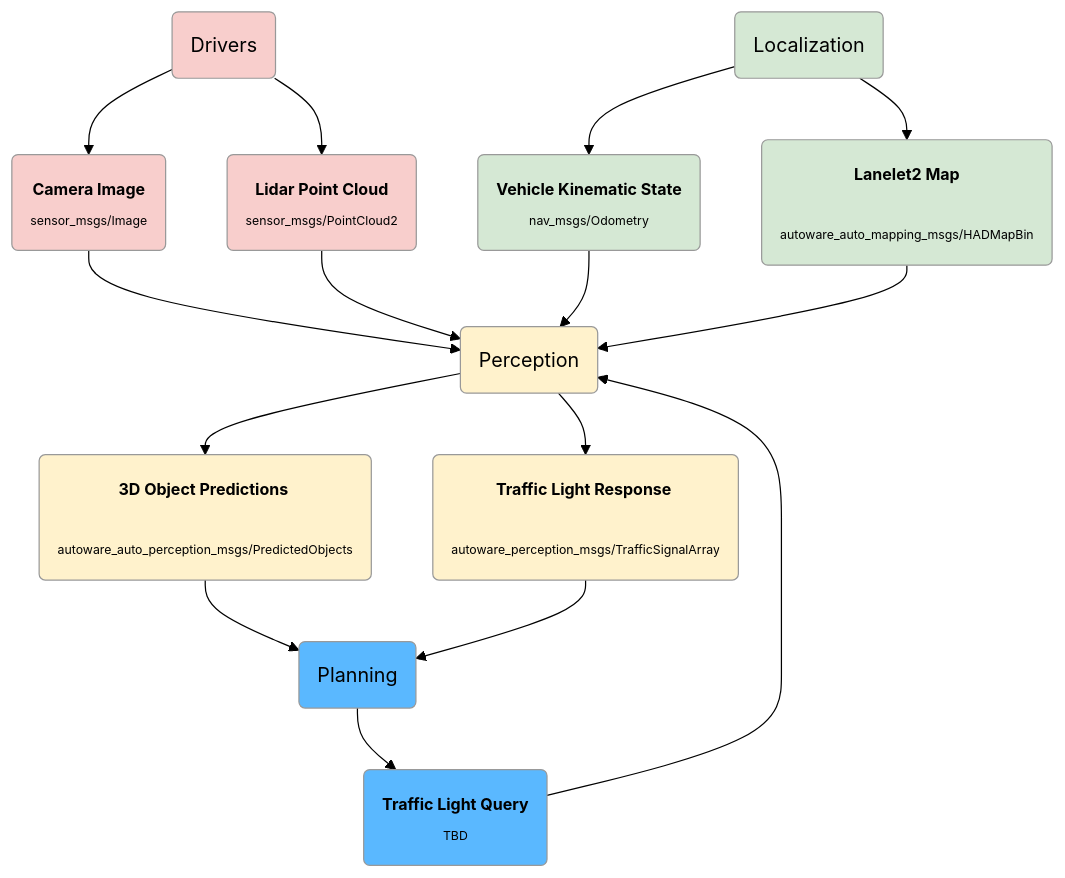
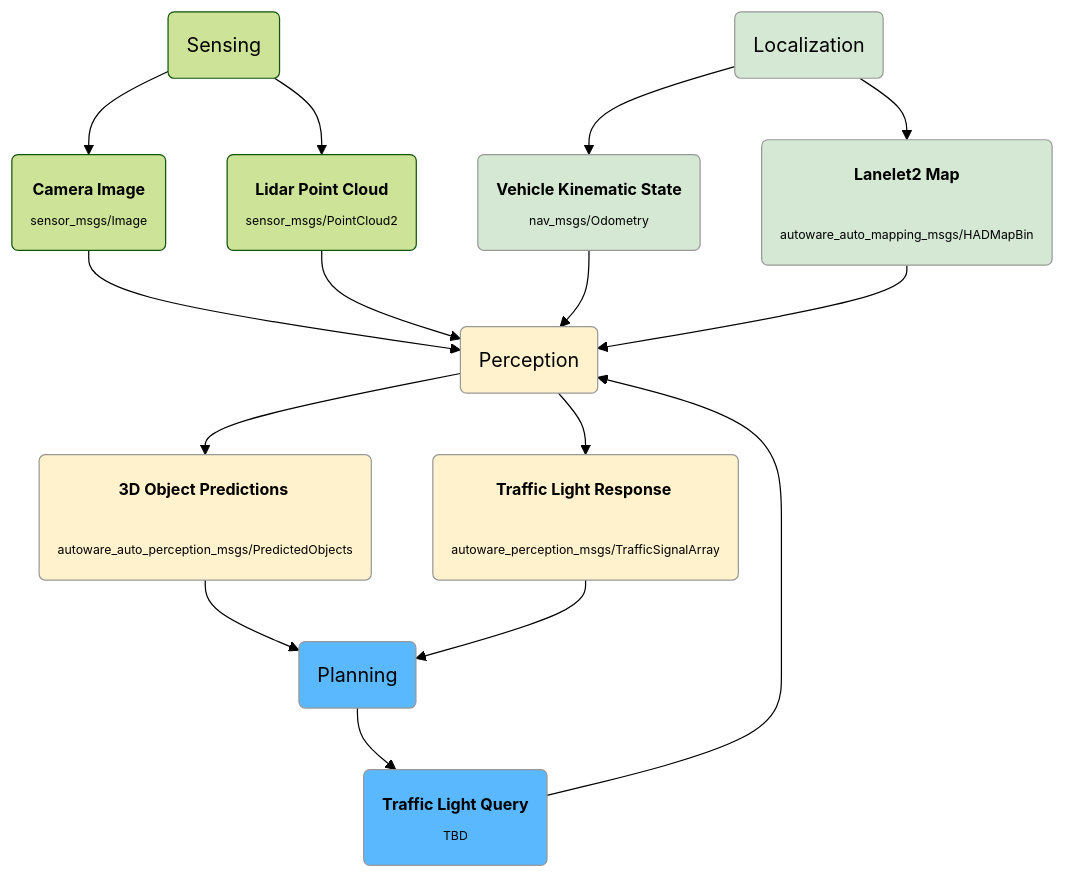
Before and after one commit to autowarefoundation/autoware-documentation: the diagram in docs/design/autoware-interfaces/components/perception-interface.md, drawn with Mermaid (forest theme).

Commit message:
change drivers to sensing in perception-interface graph

````diff
--- a/docs/design/autoware-interfaces/components/perception-interface.md
+++ b/docs/design/autoware-interfaces/components/perception-interface.md
@@ -3,43 +3,43 @@
 ```mermaid
 graph TD
-    cmp_drv("Drivers"):::cls_drv
+    cmp_sen("Sensing"):::cls_sen
     cmp_loc("Localization"):::cls_loc
     cmp_per("Perception"):::cls_per
     cmp_plan("Planning"):::cls_plan
 
     msg_img("<font size=2><b>Camera Image</b></font size>
-    <font size=1>sensor_msgs/Image</font size>"):::cls_drv
+    <font size=1>sensor_msgs/Image</font size>"):::cls_sen
 
     msg_ldr("<font size=2><b>Lidar Point Cloud</b></font size>
-    <font size=1>sensor_msgs/PointCloud2</font size>"):::cls_drv
+    <font size=1>sensor_msgs/PointCloud2</font size>"):::cls_sen
 
     msg_lanenet("<font size=2><b>Lanelet2 Map</b></font size>
     <font size=1>autoware_auto_mapping_msgs/HADMapBin</font size>"):::cls_loc
     
     msg_vks("<font size=2><b>Vehicle Kinematic State</b></font size>
     <font size=1>nav_msgs/Odometry</font size>"):::cls_loc
 
     msg_obj("<font size=2><b>3D Object Predictions </b></font size>
     <font size=1>autoware_auto_perception_msgs/PredictedObjects</font size>"):::cls_per
     
     msg_tl("<font size=2><b>Traffic Light Response </b></font size>
     <font size=1>autoware_perception_msgs/TrafficSignalArray</font size>"):::cls_per
 
     msg_tq("<font size=2><b>Traffic Light Query </b></font size>
     <font size=1>TBD</font size>"):::cls_plan
     
 
-    cmp_drv --> msg_img --> cmp_per
-    cmp_drv --> msg_ldr --> cmp_per
+    cmp_sen --> msg_img --> cmp_per
+    cmp_sen --> msg_ldr --> cmp_per
     cmp_per --> msg_obj --> cmp_plan
     cmp_per --> msg_tl --> cmp_plan
     cmp_plan --> msg_tq -->cmp_per
 
     cmp_loc --> msg_vks --> cmp_per
     cmp_loc --> msg_lanenet --> cmp_per
 
-classDef cls_drv fill:#F8CECC,stroke:#999,stroke-width:1px;
+classDef cmp_sen fill:#F8CECC,stroke:#999,stroke-width:1px;
 classDef cls_loc fill:#D5E8D4,stroke:#999,stroke-width:1px;
 classDef cls_per fill:#FFF2CC,stroke:#999,stroke-width:1px;
 classDef cls_plan fill:#5AB8FF,stroke:#999,stroke-width:1px;
 ```
````
